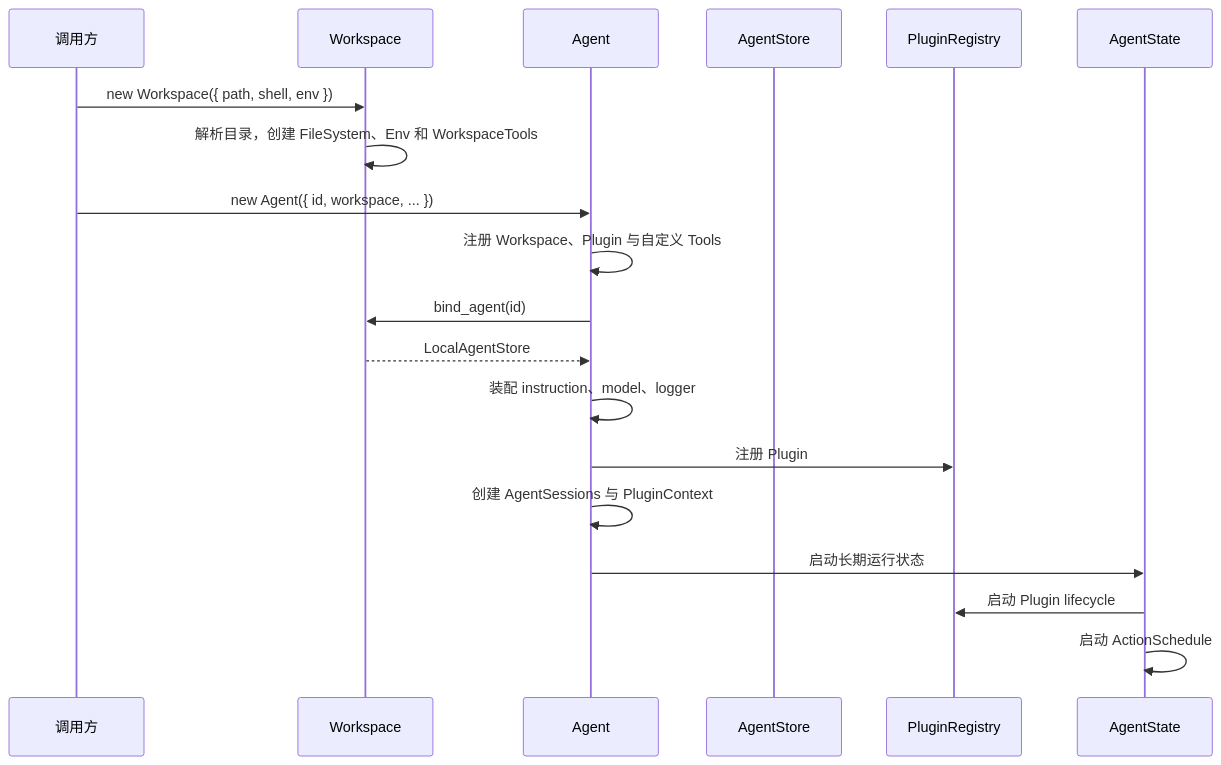
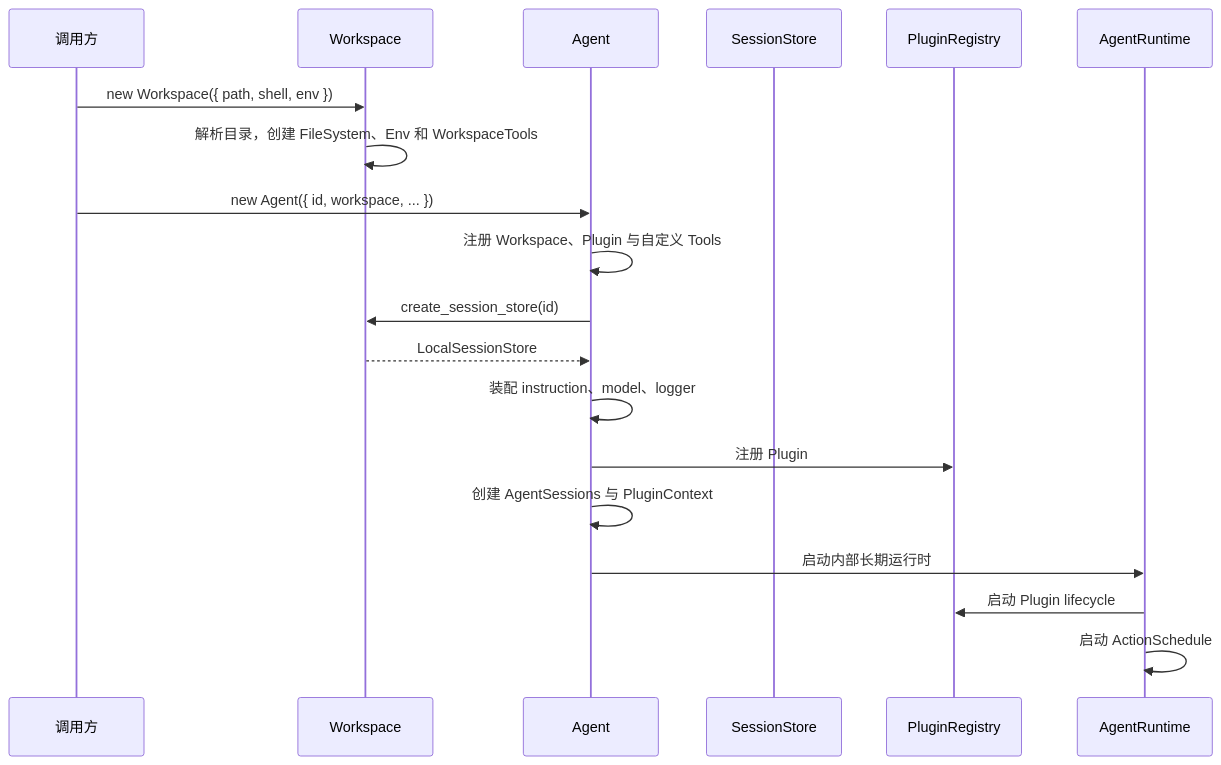
The second of 4 diagrams in docs/agent-sdk-architecture.md (genesiscosmos/downcity), drawn with Mermaid before and after one commit. The commit also changed other lines of this file and 113 other files, not shown here.

Commit message:
refactor(city): separate agent runtime from configuration

````diff
--- a/docs/agent-sdk-architecture.md
+++ b/docs/agent-sdk-architecture.md
@@ -301,22 +301,22 @@
 ```mermaid
 sequenceDiagram
     participant App as 调用方
     participant W as Workspace
     participant A as Agent
-    participant S as AgentStore
+    participant S as SessionStore
     participant P as PluginRegistry
-    participant AS as AgentState
+    participant AR as AgentRuntime
 
     App->>W: new Workspace({ path, shell, env })
     W->>W: 解析目录，创建 FileSystem、Env 和 WorkspaceTools
     App->>A: new Agent({ id, workspace, ... })
     A->>A: 注册 Workspace、Plugin 与自定义 Tools
-    A->>W: bind_agent(id)
-    W-->>A: LocalAgentStore
+    A->>W: create_session_store(id)
+    W-->>A: LocalSessionStore
     A->>A: 装配 instruction、model、logger
     A->>P: 注册 Plugin
     A->>A: 创建 AgentSessions 与 PluginContext
-    A->>AS: 启动长期运行状态
-    AS->>P: 启动 Plugin lifecycle
-    AS->>AS: 启动 ActionSchedule
+    A->>AR: 启动内部长期运行时
+    AR->>P: 启动 Plugin lifecycle
+    AR->>AR: 启动 ActionSchedule
 ```
````
